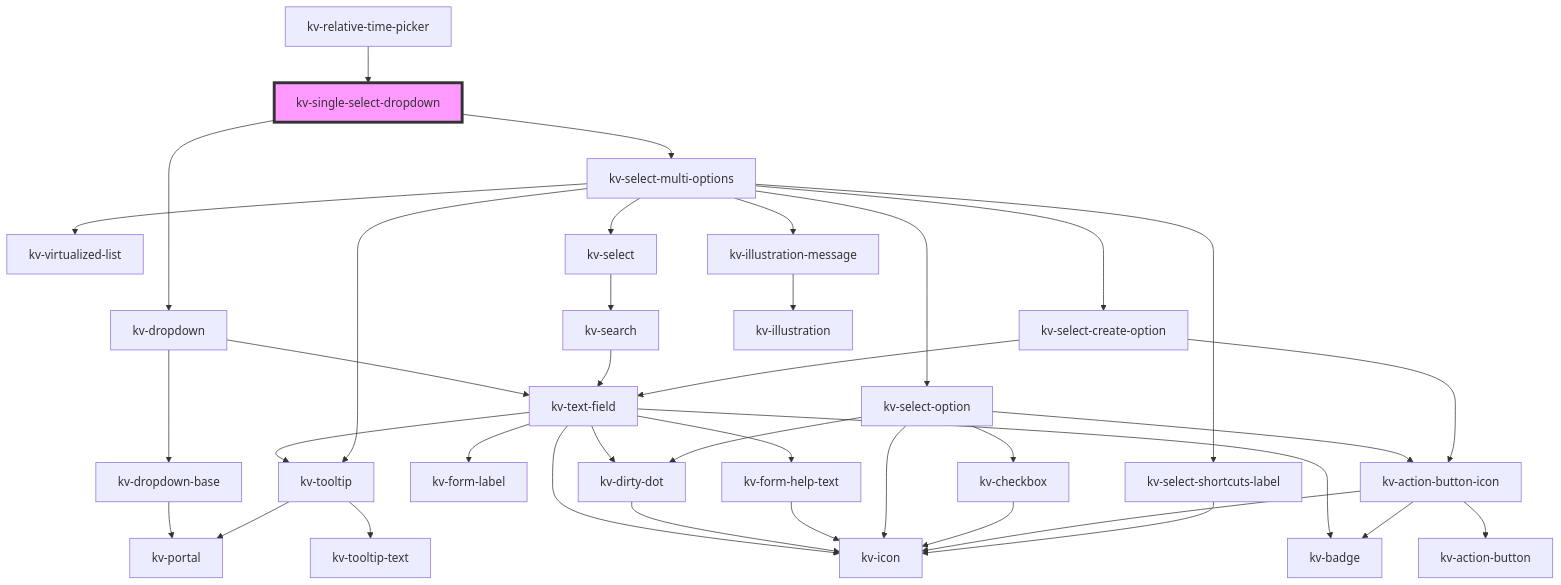
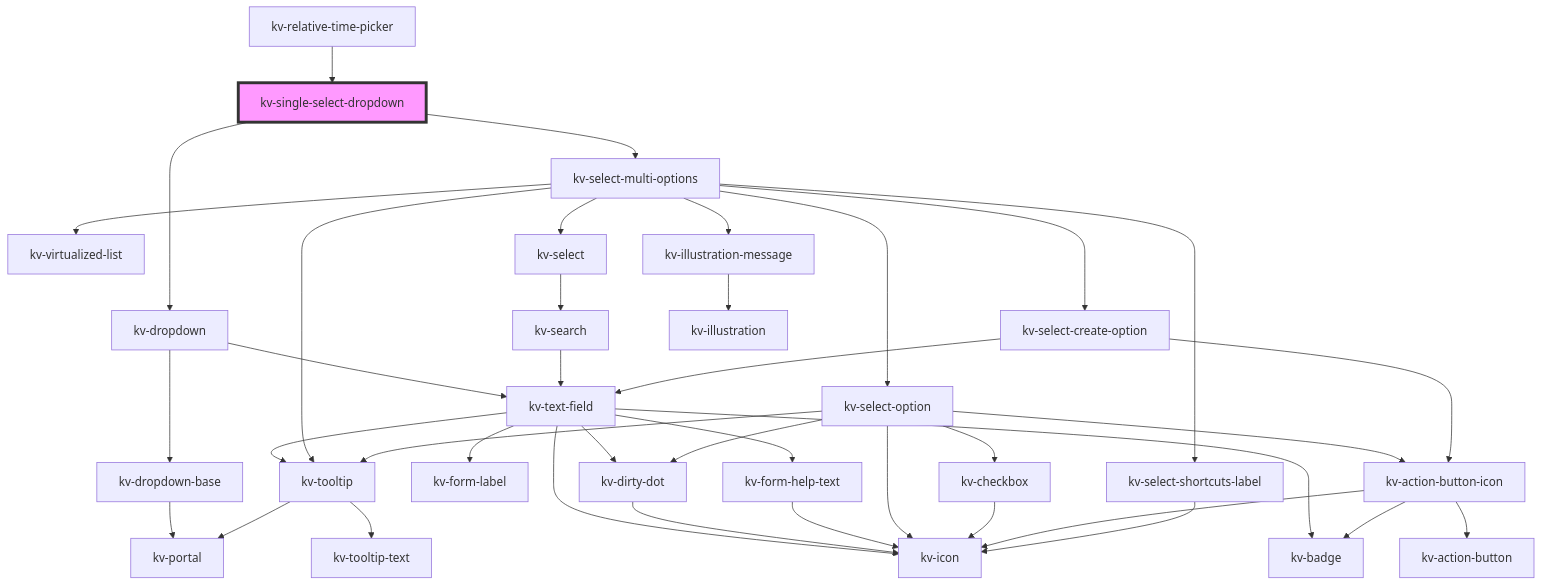
Before and after one commit to kelvininc/ui-components: the diagram in packages/ui-components/src/components/single-select-dropdown/readme.md, drawn with Mermaid. The commit also changed other lines of this file and 49 other files, not shown here.

````diff
--- a/packages/ui-components/src/components/single-select-dropdown/readme.md
+++ b/packages/ui-components/src/components/single-select-dropdown/readme.md
@@ -118,41 +131,42 @@
 ```mermaid
 graph TD;
   kv-single-select-dropdown --> kv-dropdown
   kv-single-select-dropdown --> kv-select-multi-options
   kv-dropdown --> kv-dropdown-base
   kv-dropdown --> kv-text-field
   kv-dropdown-base --> kv-portal
   kv-text-field --> kv-tooltip
   kv-text-field --> kv-form-label
   kv-text-field --> kv-icon
   kv-text-field --> kv-dirty-dot
   kv-text-field --> kv-badge
   kv-text-field --> kv-form-help-text
   kv-tooltip --> kv-portal
   kv-tooltip --> kv-tooltip-text
   kv-dirty-dot --> kv-icon
   kv-form-help-text --> kv-icon
   kv-select-multi-options --> kv-virtualized-list
   kv-select-multi-options --> kv-select-option
   kv-select-multi-options --> kv-select
   kv-select-multi-options --> kv-tooltip
   kv-select-multi-options --> kv-illustration-message
   kv-select-multi-options --> kv-select-create-option
   kv-select-multi-options --> kv-select-shortcuts-label
   kv-select-option --> kv-checkbox
+  kv-select-option --> kv-tooltip
   kv-select-option --> kv-icon
   kv-select-option --> kv-dirty-dot
   kv-select-option --> kv-action-button-icon
   kv-checkbox --> kv-icon
   kv-action-button-icon --> kv-action-button
   kv-action-button-icon --> kv-icon
   kv-action-button-icon --> kv-badge
   kv-select --> kv-search
   kv-search --> kv-text-field
   kv-illustration-message --> kv-illustration
   kv-select-create-option --> kv-text-field
   kv-select-create-option --> kv-action-button-icon
   kv-select-shortcuts-label --> kv-icon
   kv-relative-time-picker --> kv-single-select-dropdown
   style kv-single-select-dropdown fill:#f9f,stroke:#333,stroke-width:4px
 ```
````
